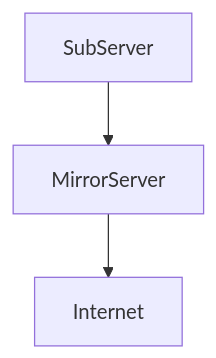
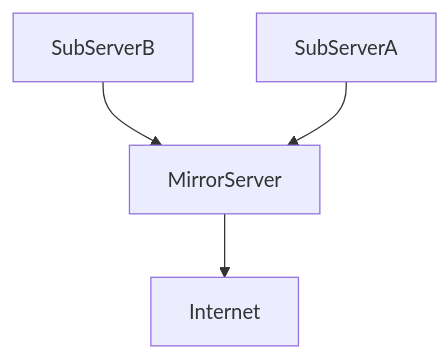
The diagram in azure-extra-linux-vm-mirror/README.md (spawnmarvel/linux-and-azure), drawn with Mermaid before and after one commit.

Commit message:
ubuntu mirror server

````diff
--- a/azure-extra-linux-vm-mirror/README.md
+++ b/azure-extra-linux-vm-mirror/README.md
@@ -12,7 +12,8 @@
 ```mermaid
 graph TD;
-    SubServer-->MirrorServer;
+    SubServerB-->MirrorServer;
+    SubServerA-->MirrorServer;
     MirrorServer-->Internet;
   
    
 ```
````
